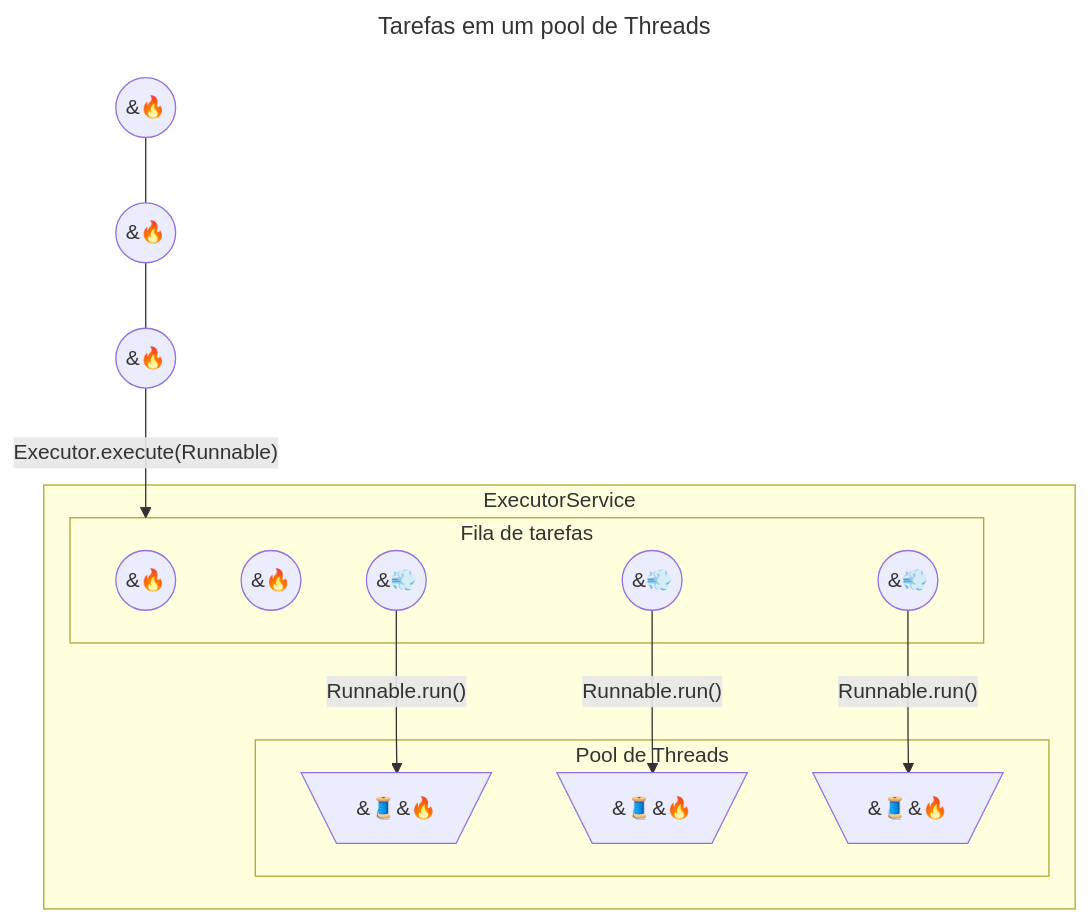
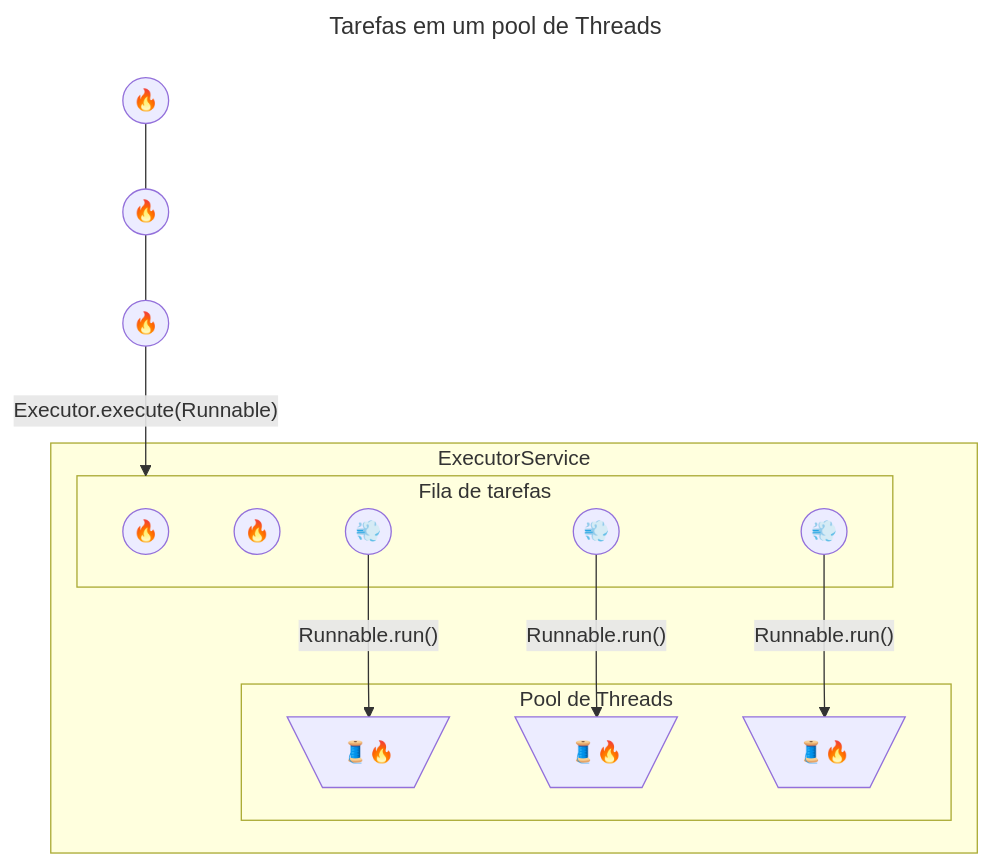
The first of 2 diagrams in doc/async-and-scheduled-task-execution/pauta.md (danmodan/aula-spring-framework), drawn with Mermaid before and after one commit. The commit also changed other lines of this file, not shown here.

````diff
--- a/doc/async-and-scheduled-task-execution/pauta.md
+++ b/doc/async-and-scheduled-task-execution/pauta.md
@@ -12,24 +12,24 @@
 ```mermaid
 ---
 title: Tarefas em um pool de Threads
 ---
 flowchart TB
     subgraph executor["ExecutorService"]
         subgraph queue["Fila de tarefas"]
-            t5(("&#128293;"))
-            t4(("&#128293;"))
-            t3(("&#128168;"))
-            t2(("&#128168;"))
-            t1(("&#128168;"))
+            t5(("#128293;"))
+            t4(("#128293;"))
+            t3(("#128168;"))
+            t2(("#128168;"))
+            t1(("#128168;"))
         end
         t3 --> |"Runnable.run()"|T2
         t2 --> |"Runnable.run()"|T1
         t1 --> |"Runnable.run()"|T0
         subgraph threads["Pool de Threads"]
-            T0[\"&#129525;&#128293;"/]
-            T1[\"&#129525;&#128293;"/]
-            T2[\"&#129525;&#128293;"/]
+            T0[\"#129525;#128293;"/]
+            T1[\"#129525;#128293;"/]
+            T2[\"#129525;#128293;"/]
         end
     end
-    t8(("&#128293;")) --- t7(("&#128293;")) --- t6(("&#128293;")) -->|"Executor.execute(Runnable)"|queue
+    t8(("#128293;")) --- t7(("#128293;")) --- t6(("#128293;")) -->|"Executor.execute(Runnable)"|queue
 ```
````
